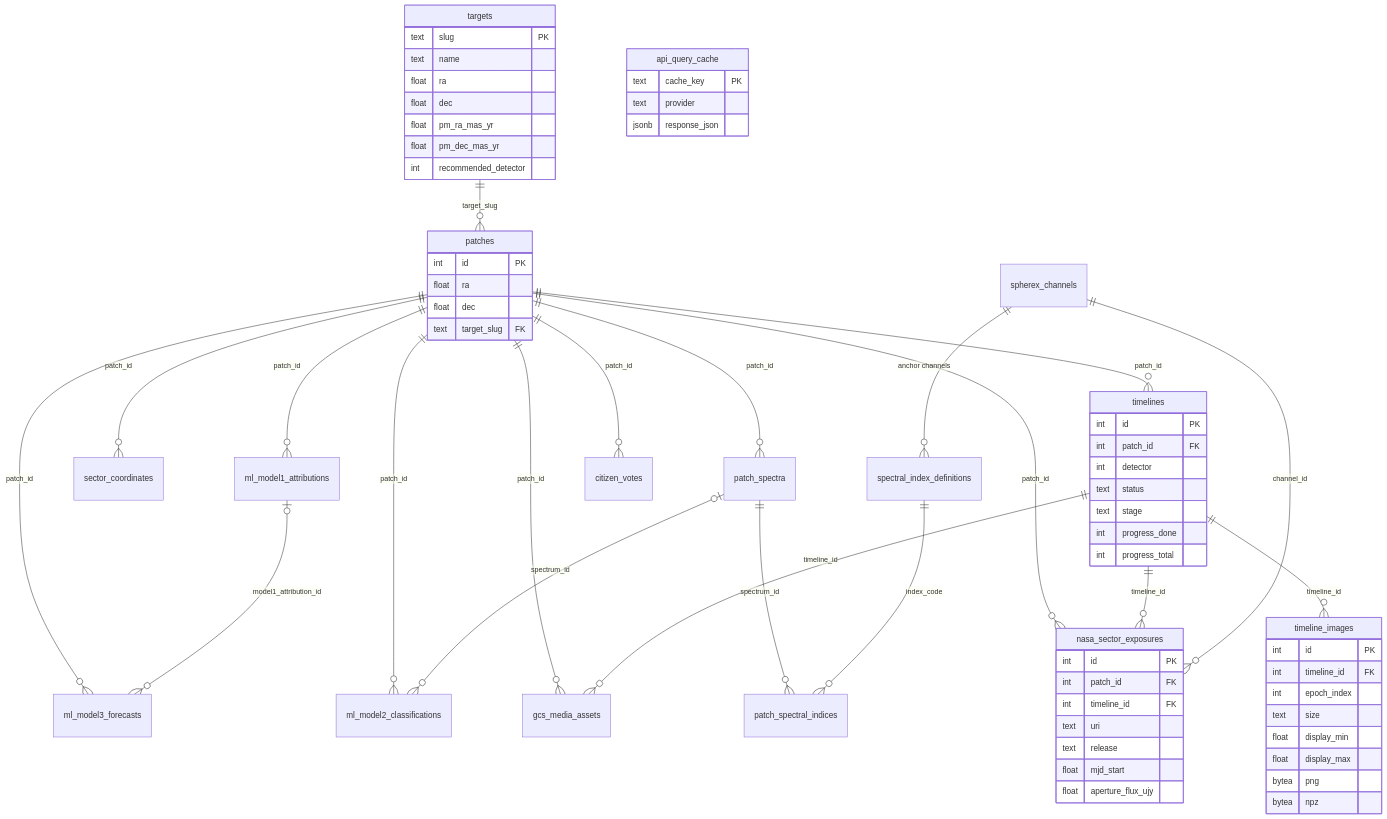
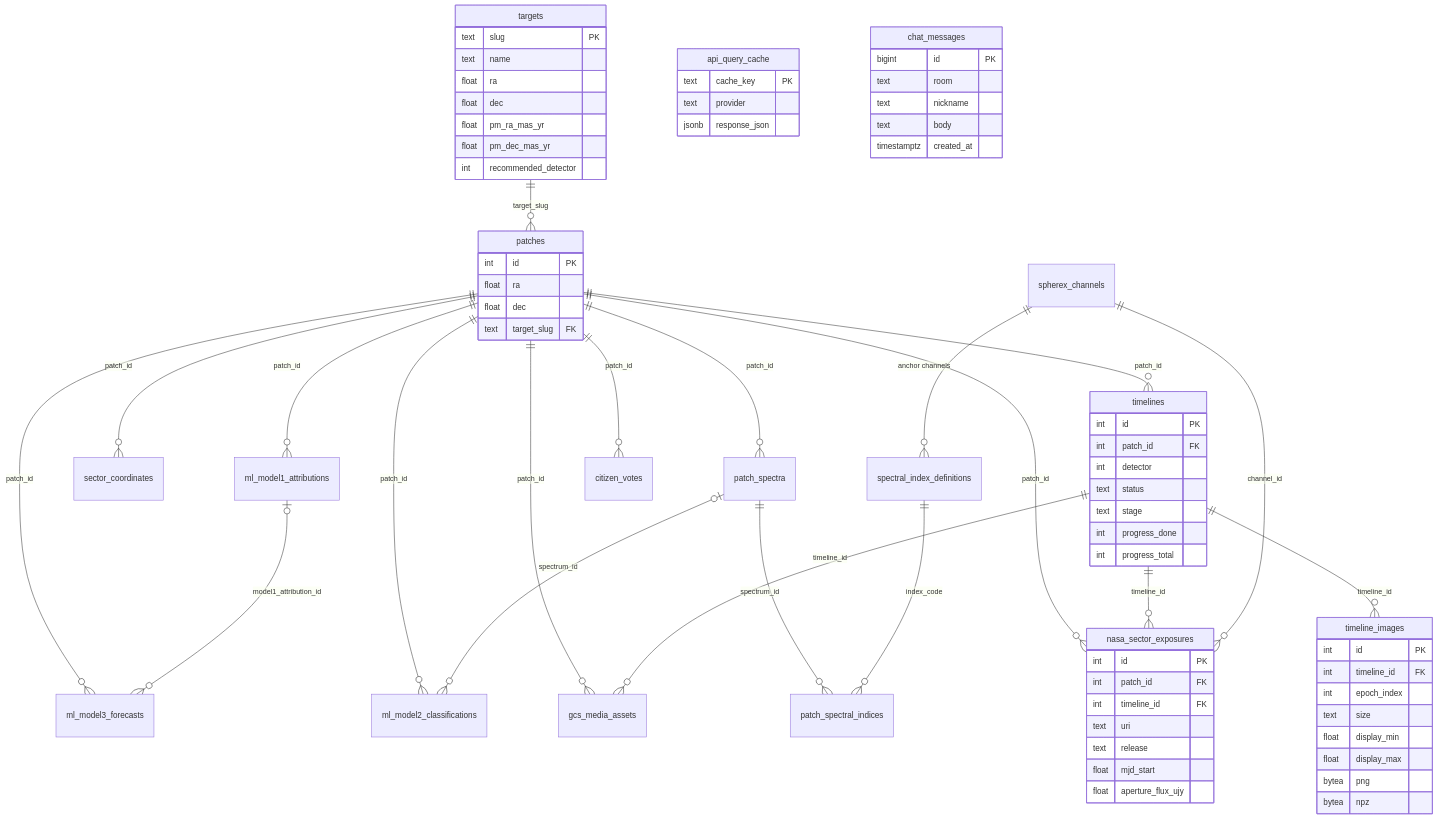
Before and after one commit to toroc07/nebo-app: the seventh of 10 diagrams in docs/architecture.md, drawn with Mermaid. The commit also changed other lines of this file and 17 other files, not shown here.

````diff
--- a/docs/architecture.md
+++ b/docs/architecture.md
@@ -286,71 +287,78 @@
 ```mermaid
 erDiagram
   targets ||--o{ patches : "target_slug"
   patches ||--o{ timelines : "patch_id"
   timelines ||--o{ timeline_images : "timeline_id"
   patches ||--o{ sector_coordinates : "patch_id"
   patches ||--o{ nasa_sector_exposures : "patch_id"
   timelines ||--o{ nasa_sector_exposures : "timeline_id"
   spherex_channels ||--o{ nasa_sector_exposures : "channel_id"
   spherex_channels ||--o{ spectral_index_definitions : "anchor channels"
   patches ||--o{ gcs_media_assets : "patch_id"
   timelines ||--o{ gcs_media_assets : "timeline_id"
   patches ||--o{ patch_spectra : "patch_id"
   patch_spectra ||--o{ patch_spectral_indices : "spectrum_id"
   spectral_index_definitions ||--o{ patch_spectral_indices : "index_code"
   patches ||--o{ ml_model1_attributions : "patch_id"
   patches ||--o{ ml_model2_classifications : "patch_id"
   patch_spectra |o--o{ ml_model2_classifications : "spectrum_id"
   patches ||--o{ ml_model3_forecasts : "patch_id"
   ml_model1_attributions |o--o{ ml_model3_forecasts : "model1_attribution_id"
   patches ||--o{ citizen_votes : "patch_id"
 
   targets {
     text slug PK
     text name
     float ra
     float dec
     float pm_ra_mas_yr
     float pm_dec_mas_yr
     int recommended_detector
   }
   patches {
     int id PK
     float ra
     float dec
     text target_slug FK
   }
   timelines {
     int id PK
     int patch_id FK
     int detector
     text status
     text stage
     int progress_done
     int progress_total
   }
   timeline_images {
     int id PK
     int timeline_id FK
     int epoch_index
     text size
     float display_min
     float display_max
     bytea png
     bytea npz
   }
   nasa_sector_exposures {
     int id PK
     int patch_id FK
     int timeline_id FK
     text uri
     text release
     float mjd_start
     float aperture_flux_ujy
   }
   api_query_cache {
     text cache_key PK
     text provider
     jsonb response_json
   }
+  chat_messages {
+    bigint id PK
+    text room
+    text nickname
+    text body
+    timestamptz created_at
+  }
 ```
````
